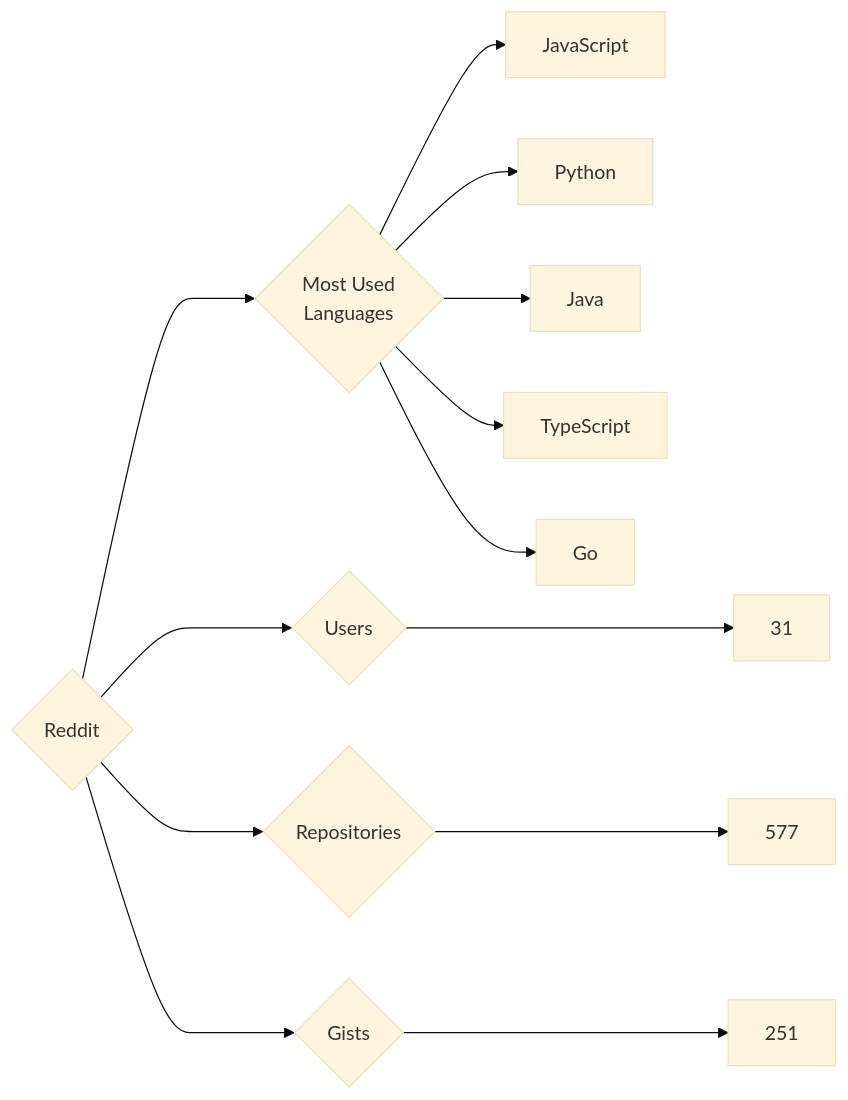
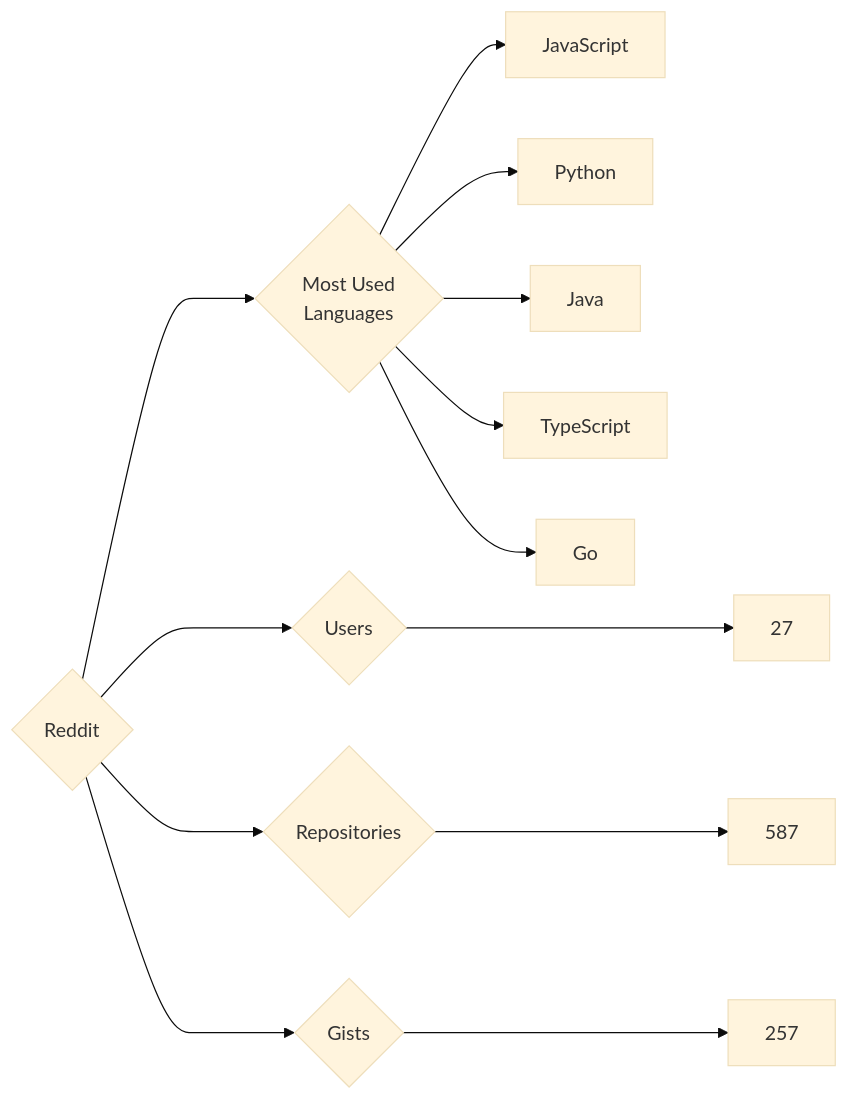
Before and after one commit to trickest/insiders: the diagram in targets/Reddit/README.md, drawn with Mermaid (base theme). The commit also changed 976 other files, not shown here.

````diff
--- a/targets/Reddit/README.md
+++ b/targets/Reddit/README.md
@@ -3,13 +3,13 @@
 ```mermaid
 graph LR
 COMPANY_NAME{Reddit}
-COMPANY_NAME ---> U{Users} ---> UN[31]
-COMPANY_NAME ---> R{Repositories} ---> RN[577]
-COMPANY_NAME ---> G{Gists} ---> GN[251]
+COMPANY_NAME ---> U{Users} ---> UN[27]
+COMPANY_NAME ---> R{Repositories} ---> RN[587]
+COMPANY_NAME ---> G{Gists} ---> GN[257]
 COMPANY_NAME ---> ML{Most Used<br>Languages}
 ML --> JavaScript[JavaScript]
 ML --> Python[Python]
 ML --> Java[Java]
 ML --> TypeScript[TypeScript]
 ML --> Go[Go]
 ```
````
